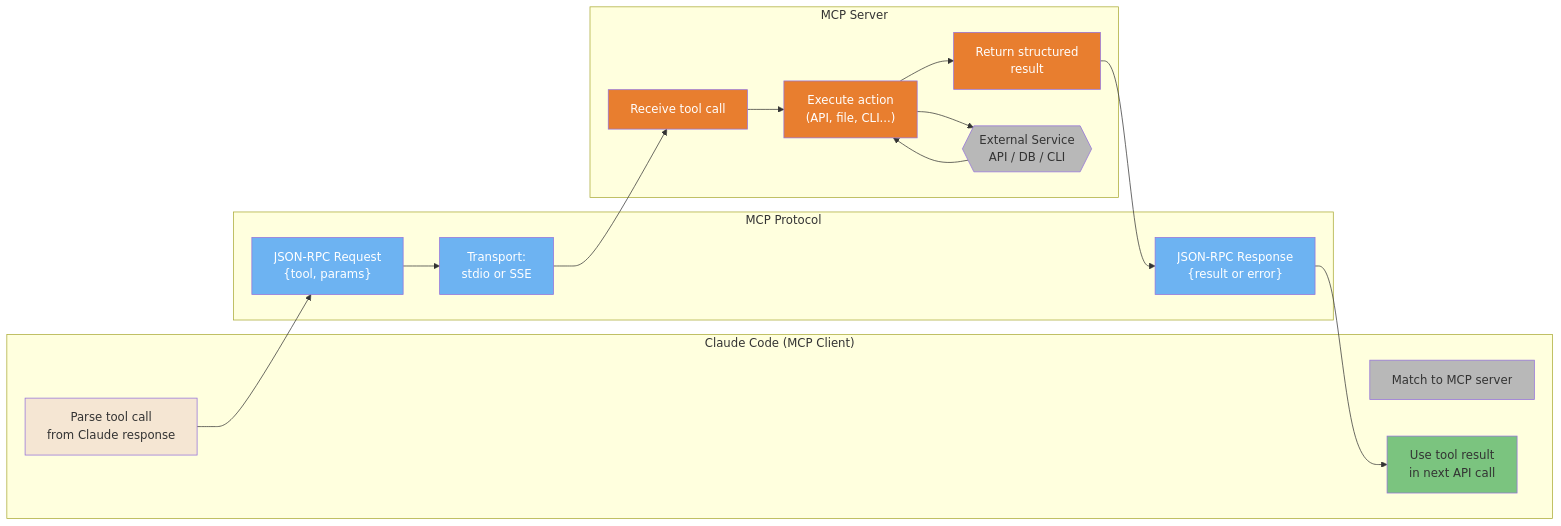
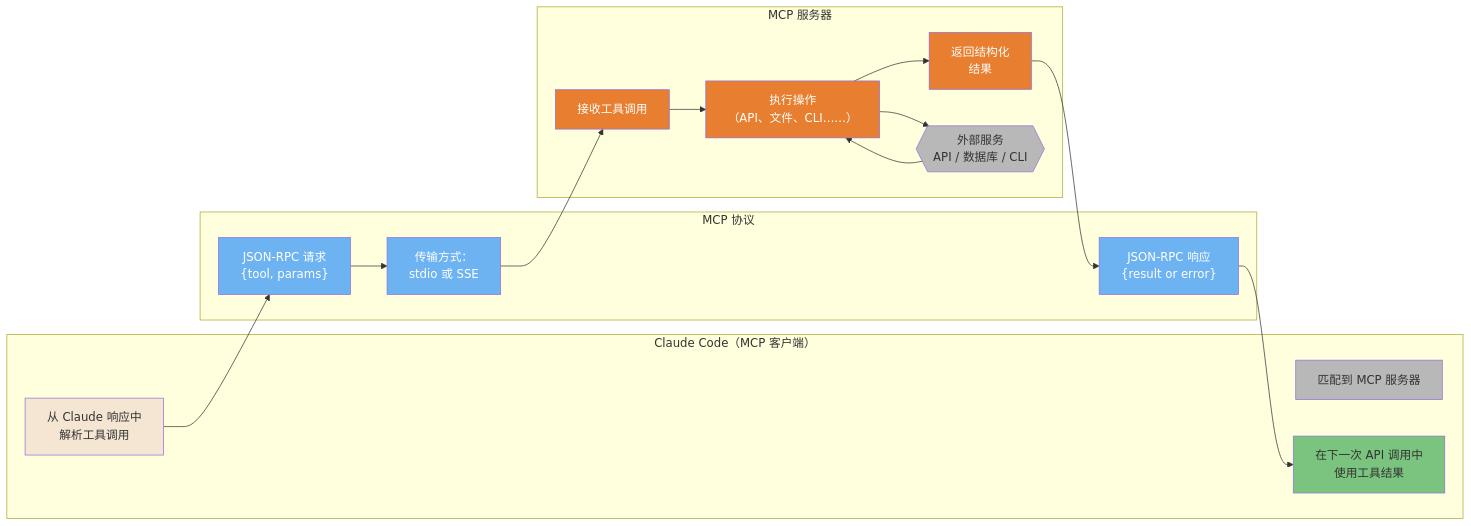
The second of 4 diagrams in claude-code/diagrams/05-mcp-ecosystem.md (lawrencewzen/aispark-wiki), drawn with Mermaid before and after one commit. The commit also changed other lines of this file and 82 other files, not shown here.

First line of the commit message:
feat: 完成 claude-code/ 目录全量中文翻译

````diff
--- a/claude-code/diagrams/05-mcp-ecosystem.md
+++ b/claude-code/diagrams/05-mcp-ecosystem.md
@@ -106,46 +106,46 @@
 ```mermaid
 flowchart LR
-    subgraph CLAUDE["Claude Code (MCP Client)"]
-        CC1["Parse tool call<br/>from Claude response"]
-        CC2["Match to MCP server"]
-        CC3["Use tool result<br/>in next API call"]
+    subgraph CLAUDE["Claude Code（MCP 客户端）"]
+        CC1["从 Claude 响应中<br/>解析工具调用"]
+        CC2["匹配到 MCP 服务器"]
+        CC3["在下一次 API 调用中<br/>使用工具结果"]
     end
 
-    subgraph PROTO["MCP Protocol"]
-        P1["JSON-RPC Request<br/>{tool, params}"]
-        P2["Transport:<br/>stdio or SSE"]
-        P3["JSON-RPC Response<br/>{result or error}"]
+    subgraph PROTO["MCP 协议"]
+        P1["JSON-RPC 请求<br/>{tool, params}"]
+        P2["传输方式：<br/>stdio 或 SSE"]
+        P3["JSON-RPC 响应<br/>{result or error}"]
     end
 
-    subgraph SERVER["MCP Server"]
-        S1["Receive tool call"]
-        S2["Execute action<br/>(API, file, CLI...)"]
-        S3["Return structured<br/>result"]
-        EXT{{"External Service<br/>API / DB / CLI"}}
+    subgraph SERVER["MCP 服务器"]
+        S1["接收工具调用"]
+        S2["执行操作<br/>（API、文件、CLI……）"]
+        S3["返回结构化<br/>结果"]
+        EXT{{"外部服务<br/>API / 数据库 / CLI"}}
     end
 
     CC1 --> P1 --> P2 --> S1 --> S2 --> EXT
     EXT --> S2 --> S3 --> P3 --> CC3
 
     style CC1 fill:#F5E6D3,color:#333
     style CC2 fill:#B8B8B8,color:#333
     style CC3 fill:#7BC47F,color:#333
     style P1 fill:#6DB3F2,color:#fff
     style P2 fill:#6DB3F2,color:#fff
     style P3 fill:#6DB3F2,color:#fff
     style S1 fill:#E87E2F,color:#fff
     style S2 fill:#E87E2F,color:#fff
     style S3 fill:#E87E2F,color:#fff
     style EXT fill:#B8B8B8,color:#333
 
-    click CC1 href "https://github.com/claude-code-ultimate-guide/claude-code-ultimate-guide/blob/main/guide/ultimate-guide.md#81-what-is-mcp" "Parse tool call"
-    click CC2 href "https://github.com/claude-code-ultimate-guide/claude-code-ultimate-guide/blob/main/guide/ultimate-guide.md#81-what-is-mcp" "Match to MCP server"
-    click CC3 href "https://github.com/claude-code-ultimate-guide/claude-code-ultimate-guide/blob/main/guide/ultimate-guide.md#81-what-is-mcp" "Use tool result"
-    click P1 href "https://github.com/claude-code-ultimate-guide/claude-code-ultimate-guide/blob/main/guide/ultimate-guide.md#81-what-is-mcp" "JSON-RPC Request"
-    click P2 href "https://github.com/claude-code-ultimate-guide/claude-code-ultimate-guide/blob/main/guide/ultimate-guide.md#81-what-is-mcp" "Transport: stdio or SSE"
-    click P3 href "https://github.com/claude-code-ultimate-guide/claude-code-ultimate-guide/blob/main/guide/ultimate-guide.md#81-what-is-mcp" "JSON-RPC Response"
-    click S1 href "https://github.com/claude-code-ultimate-guide/claude-code-ultimate-guide/blob/main/guide/ultimate-guide.md#82-available-servers" "Receive tool call"
-    click S2 href "https://github.com/claude-code-ultimate-guide/claude-code-ultimate-guide/blob/main/guide/ultimate-guide.md#82-available-servers" "Execute action"
-    click S3 href "https://github.com/claude-code-ultimate-guide/claude-code-ultimate-guide/blob/main/guide/ultimate-guide.md#82-available-servers" "Return structured result"
-    click EXT href "https://github.com/claude-code-ultimate-guide/claude-code-ultimate-guide/blob/main/guide/ultimate-guide.md#82-available-servers" "External Service"
+    click CC1 href "https://github.com/claude-code-ultimate-guide/claude-code-ultimate-guide/blob/main/guide/ultimate-guide.md#81-what-is-mcp" "解析工具调用"
+    click CC2 href "https://github.com/claude-code-ultimate-guide/claude-code-ultimate-guide/blob/main/guide/ultimate-guide.md#81-what-is-mcp" "匹配 MCP 服务器"
+    click CC3 href "https://github.com/claude-code-ultimate-guide/claude-code-ultimate-guide/blob/main/guide/ultimate-guide.md#81-what-is-mcp" "使用工具结果"
+    click P1 href "https://github.com/claude-code-ultimate-guide/claude-code-ultimate-guide/blob/main/guide/ultimate-guide.md#81-what-is-mcp" "JSON-RPC 请求"
+    click P2 href "https://github.com/claude-code-ultimate-guide/claude-code-ultimate-guide/blob/main/guide/ultimate-guide.md#81-what-is-mcp" "传输方式：stdio 或 SSE"
+    click P3 href "https://github.com/claude-code-ultimate-guide/claude-code-ultimate-guide/blob/main/guide/ultimate-guide.md#81-what-is-mcp" "JSON-RPC 响应"
+    click S1 href "https://github.com/claude-code-ultimate-guide/claude-code-ultimate-guide/blob/main/guide/ultimate-guide.md#82-available-servers" "接收工具调用"
+    click S2 href "https://github.com/claude-code-ultimate-guide/claude-code-ultimate-guide/blob/main/guide/ultimate-guide.md#82-available-servers" "执行操作"
+    click S3 href "https://github.com/claude-code-ultimate-guide/claude-code-ultimate-guide/blob/main/guide/ultimate-guide.md#82-available-servers" "返回结构化结果"
+    click EXT href "https://github.com/claude-code-ultimate-guide/claude-code-ultimate-guide/blob/main/guide/ultimate-guide.md#82-available-servers" "外部服务"
 ```
````
